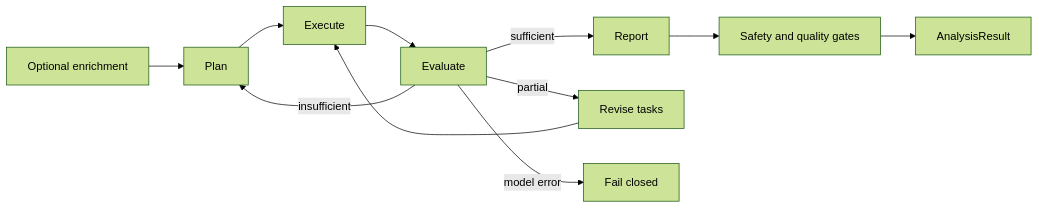
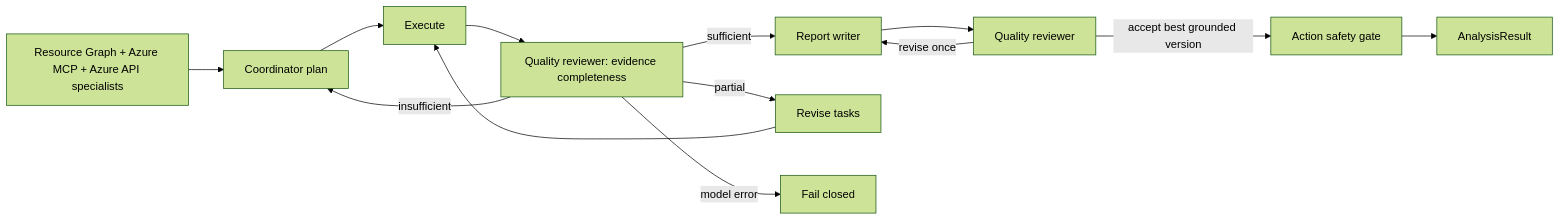
Before and after one commit to Networkdog/AzBriefEnterprise: the second of 2 diagrams in README.md, drawn with Mermaid (forest theme). The commit also changed other lines of this file and 105 other files, not shown here.

First line of the commit message:
Add unit tests for Azure Billing and Quality Campaign services

````diff
--- a/README.md
+++ b/README.md
@@ -327,13 +366,15 @@
 ```mermaid
 flowchart LR
-   E[Optional enrichment] --> P[Plan]
+  E[Resource Graph + Azure MCP + Azure API specialists] --> P[Coordinator plan]
    P --> X[Execute]
-   X --> V[Evaluate]
-   V -->|sufficient| R[Report]
+  X --> V[Quality reviewer: evidence completeness]
+  V -->|sufficient| R[Report writer]
    V -->|partial| T[Revise tasks]
    T --> X
    V -->|insufficient| P
    V -->|model error| F[Fail closed]
-   R --> S[Safety and quality gates]
+  R --> Q[Quality reviewer]
+  Q -->|revise once| R
+  Q -->|accept best grounded version| S[Action safety gate]
    S --> O[AnalysisResult]
 ```
````
